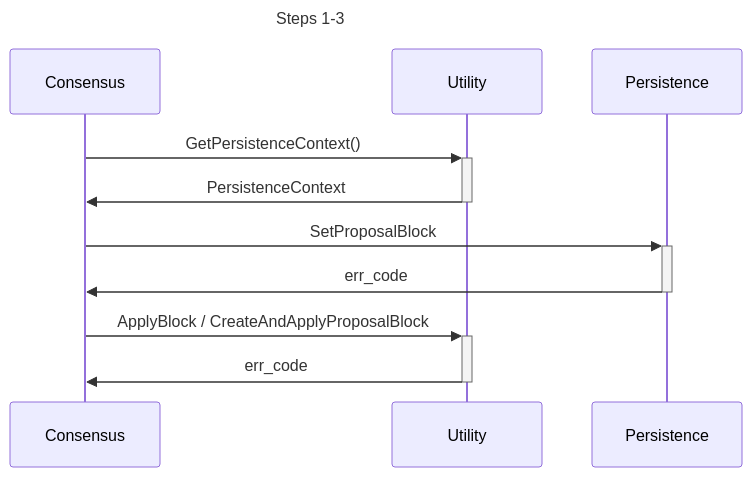
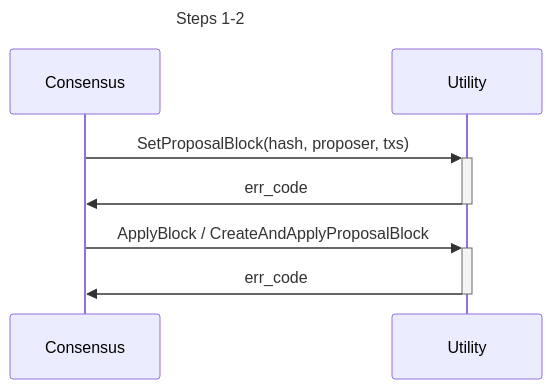
One commit to pokt-network/pocket changed the fourth of 5 diagrams in shared/docs/PROTOCOL_STATE_HASH.md. Above: the diagram before and after it, drawn with Mermaid. The commit also changed other lines of this file and 6 other files, not shown here.

````diff
--- a/shared/docs/PROTOCOL_STATE_HASH.md
+++ b/shared/docs/PROTOCOL_STATE_HASH.md
@@ -128,19 +127,14 @@
 ```mermaid
 sequenceDiagram
-    title Steps 1-3
+    title Steps 1-2
     participant C as Consensus
     participant U as Utility
-    participant P as Persistence
 
-        %% Retrieve the persistence context
-        C->>+U: GetPersistenceContext()
-        U->>-C: PersistenceContext
-
-        %% Update the proposal in the persistence context
-        C->>+P: SetProposalBlock
-        P->>-C: err_code
+        %% Update the proposal in the utility context
+        C->>+U: SetProposalBlock(hash, proposer, txs)
+        U->>-C: err_code
 
         %% Apply the block to the local proposal state
         C->>+U: ApplyBlock / CreateAndApplyProposalBlock
         U->>-C: err_code
 ```
````
